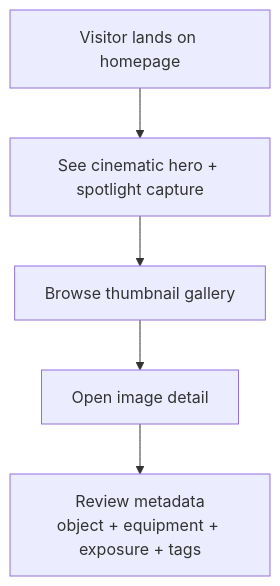
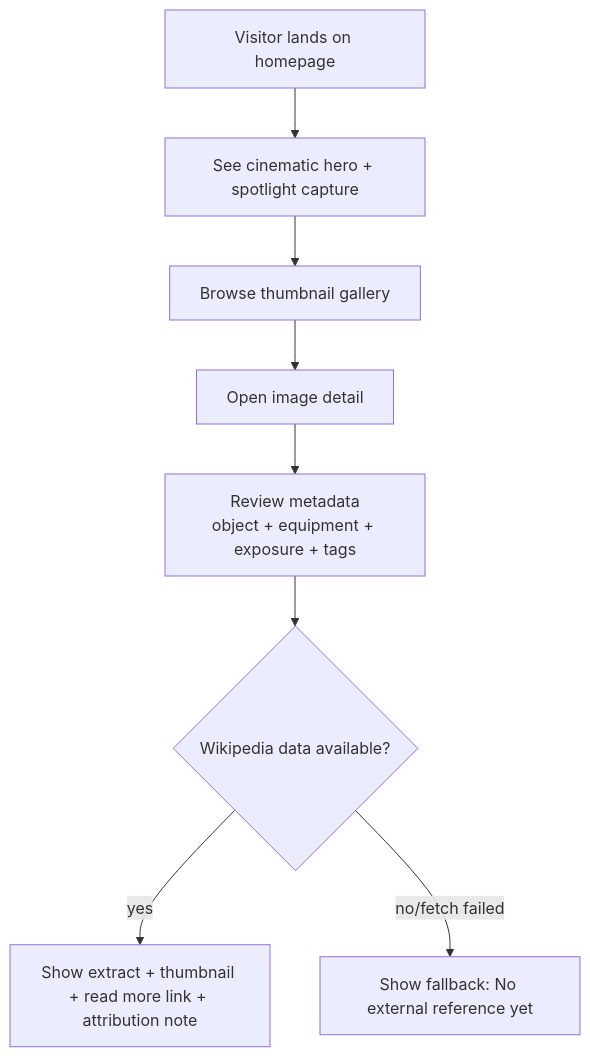
Before and after one commit to smeird/images: the first of 3 diagrams in README.md, drawn with Mermaid. The commit also changed other lines of this file and 6 other files, not shown here.

````diff
--- a/README.md
+++ b/README.md
@@ -110,7 +113,10 @@
 ```mermaid
 flowchart TD
   A[Visitor lands on homepage] --> B[See cinematic hero + spotlight capture]
   B --> C[Browse thumbnail gallery]
   C --> D[Open image detail]
   D --> E[Review metadata\nobject + equipment + exposure + tags]
+  E --> F{Wikipedia data available?}
+  F -- yes --> G[Show extract + thumbnail + read more link + attribution note]
+  F -- no/fetch failed --> H[Show fallback: No external reference yet]
 ```
````
